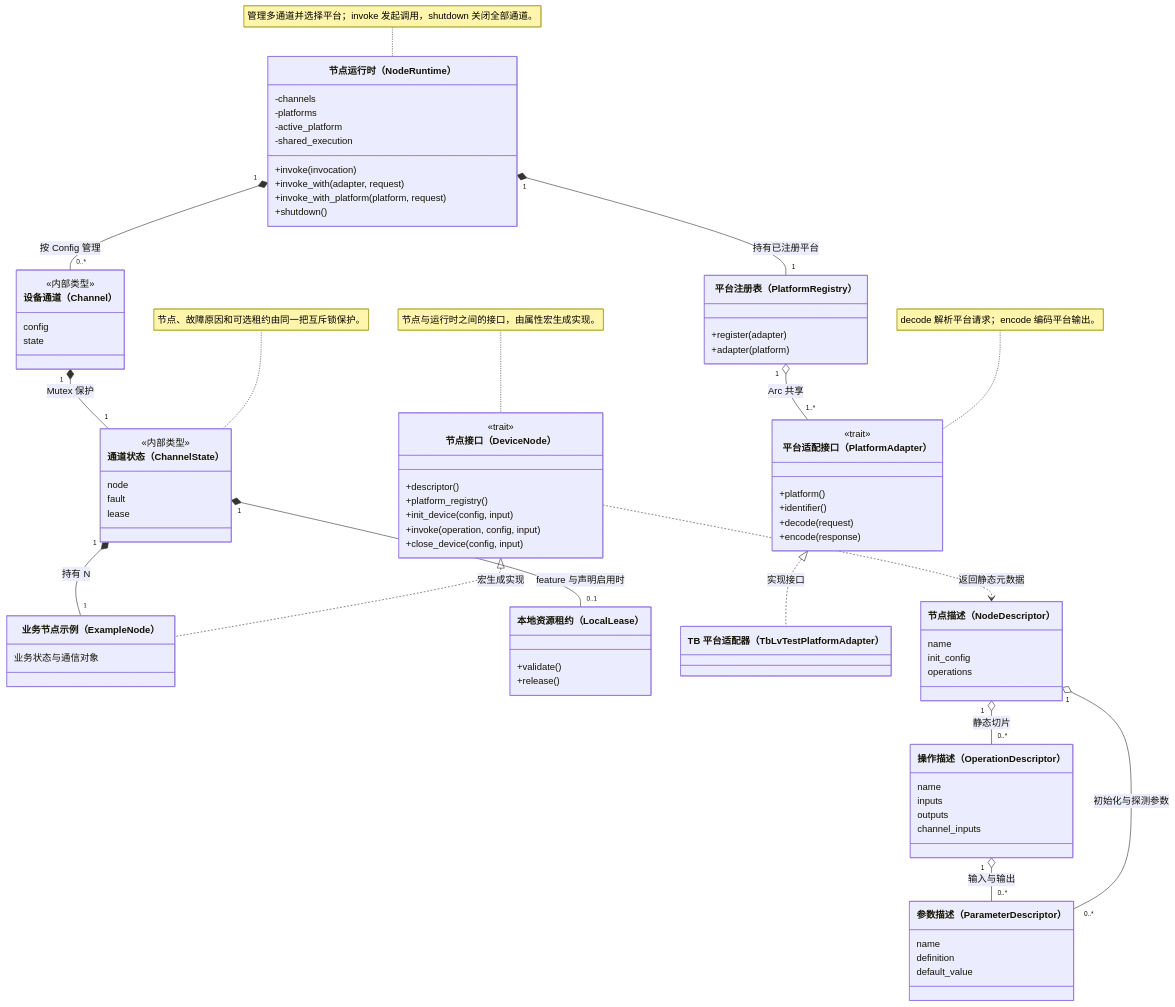
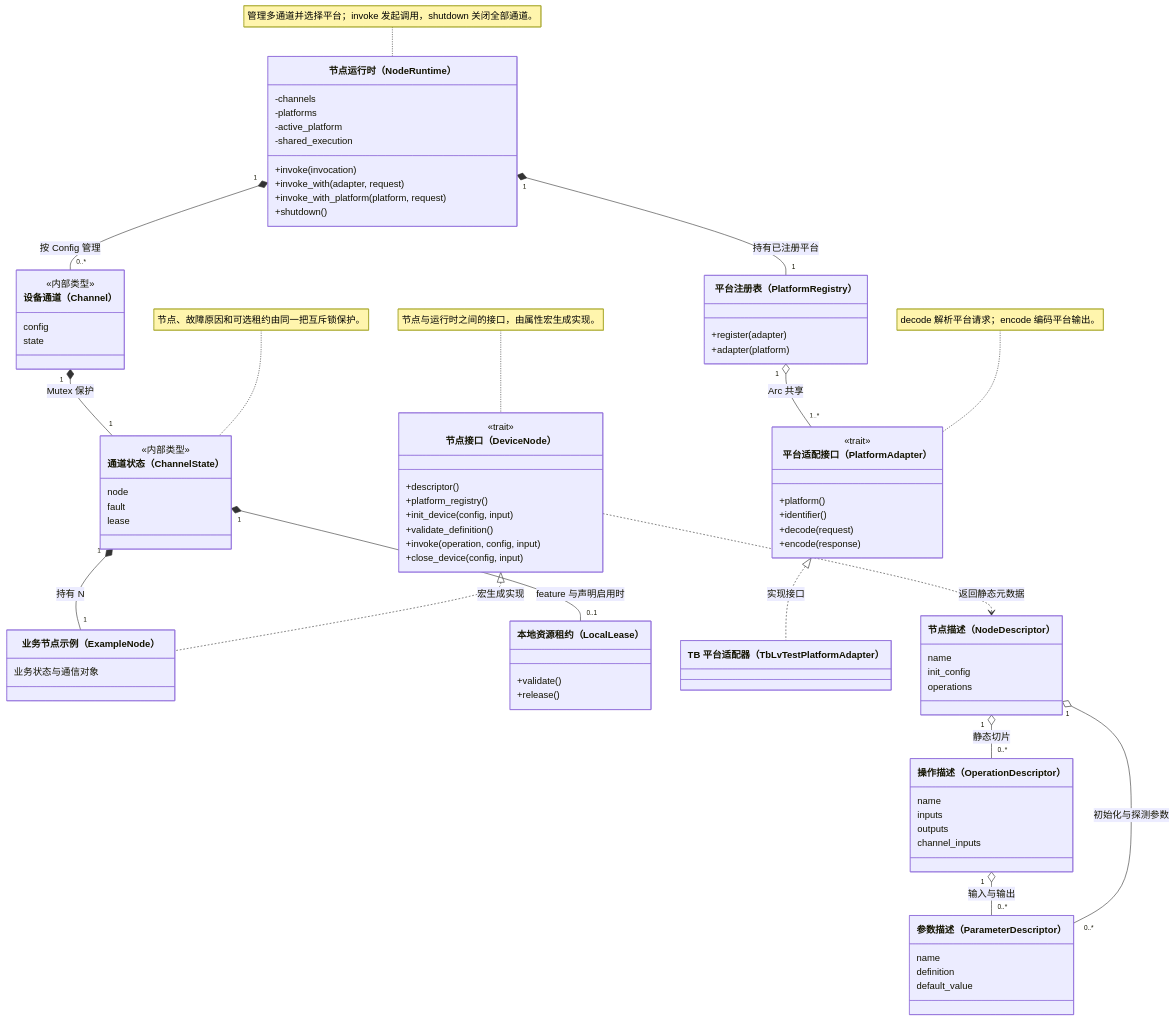
Before and after one commit to MyMires/miresidian: the second of 3 diagrams in docs/architecture.md, drawn with Mermaid. The commit also changed other lines of this file and 84 other files, not shown here.

```diff
--- a/docs/architecture.md
+++ b/docs/architecture.md
@@ -43,6 +44,7 @@
         +descriptor()
         +platform_registry()
         +init_device(config, input)
+        +validate_definition()
         +invoke(operation, config, input)
         +close_device(config, input)
     }
```
